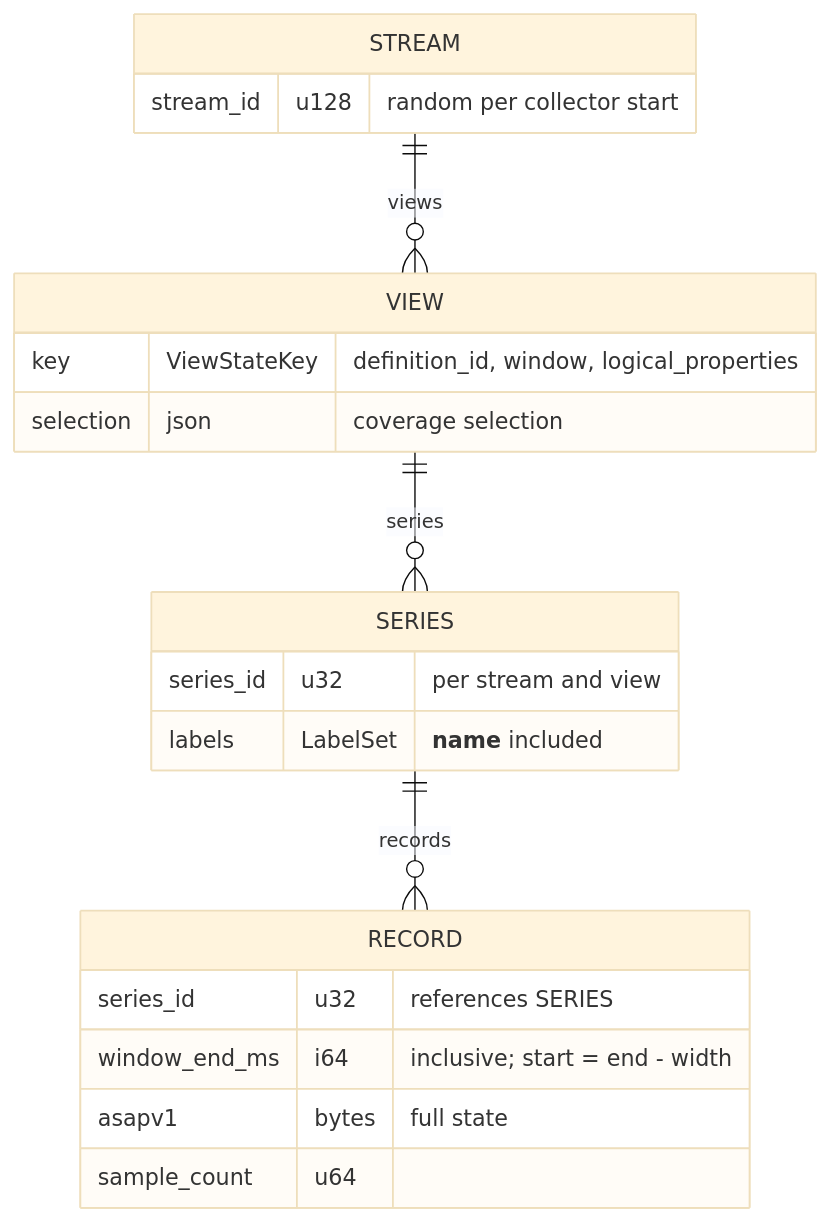
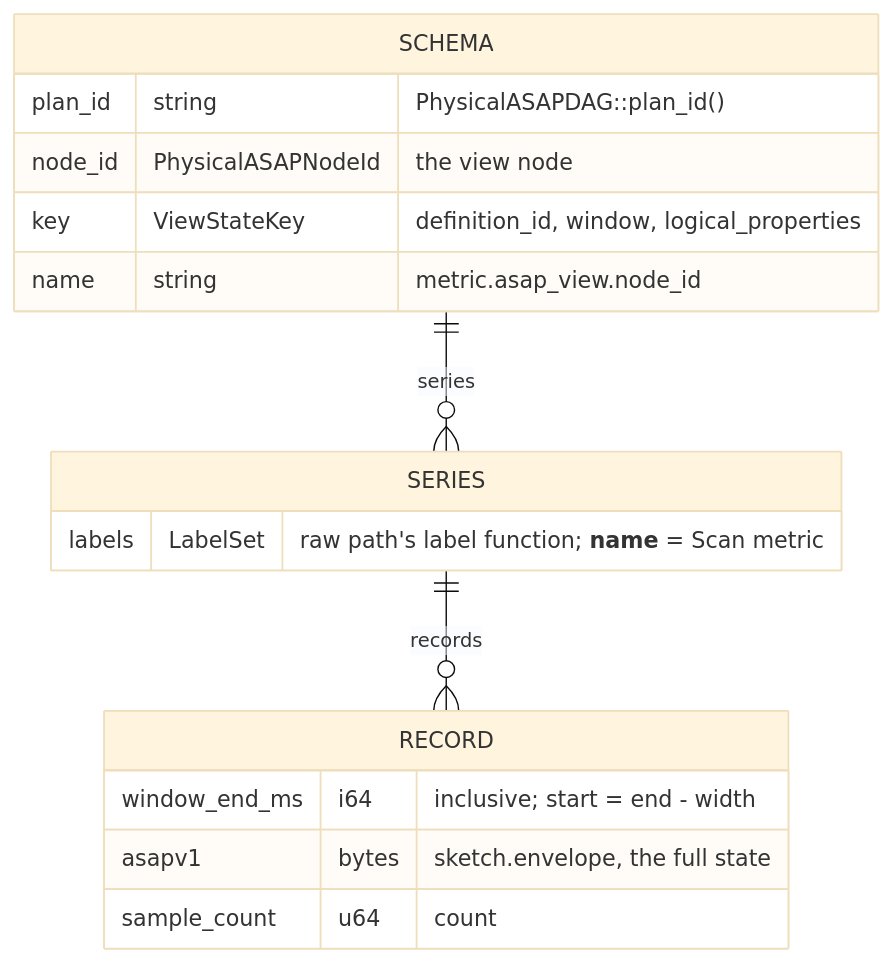
Before and after one commit to ProjectASAP/ASAPQuery-backend: the diagram in docs/design/collector-sketch-ingest.md, drawn with Mermaid (base theme). The commit also changed other lines of this file, not shown here.

First line of the commit message:
docs(design): collector view states use the raw samples' OTAP structure

````diff
--- a/docs/design/collector-sketch-ingest.md
+++ b/docs/design/collector-sketch-ingest.md
@@ -277,23 +337,19 @@
 ```mermaid
 erDiagram
-    STREAM ||--o{ VIEW : views
-    VIEW ||--o{ SERIES : series
+    SCHEMA ||--o{ SERIES : series
     SERIES ||--o{ RECORD : records
-    STREAM{
-        stream_id u128 "random per collector start"
-    }
-    VIEW{
+    SCHEMA{
+        plan_id string "PhysicalASAPDAG::plan_id()"
+        node_id PhysicalASAPNodeId "the view node"
         key ViewStateKey "definition_id, window, logical_properties"
-        selection json "coverage selection"
+        name string "metric.asap_view.node_id"
     }
     SERIES{
-        series_id u32 "per stream and view"
-        labels LabelSet "__name__ included"
+        labels LabelSet "raw path's label function; __name__ = Scan metric"
     }
     RECORD{
-        series_id u32 "references SERIES"
         window_end_ms i64 "inclusive; start = end - width"
-        asapv1 bytes "full state"
-        sample_count u64
+        asapv1 bytes "sketch.envelope, the full state"
+        sample_count u64 "count"
     }
 ```
````
